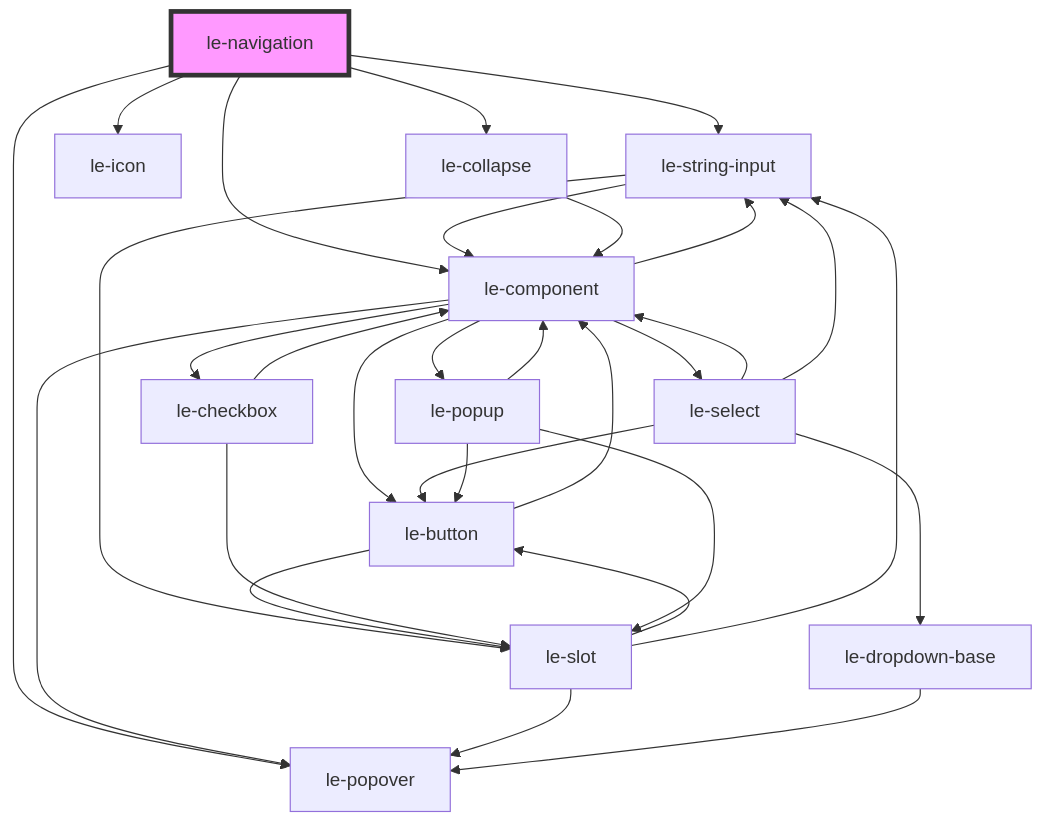
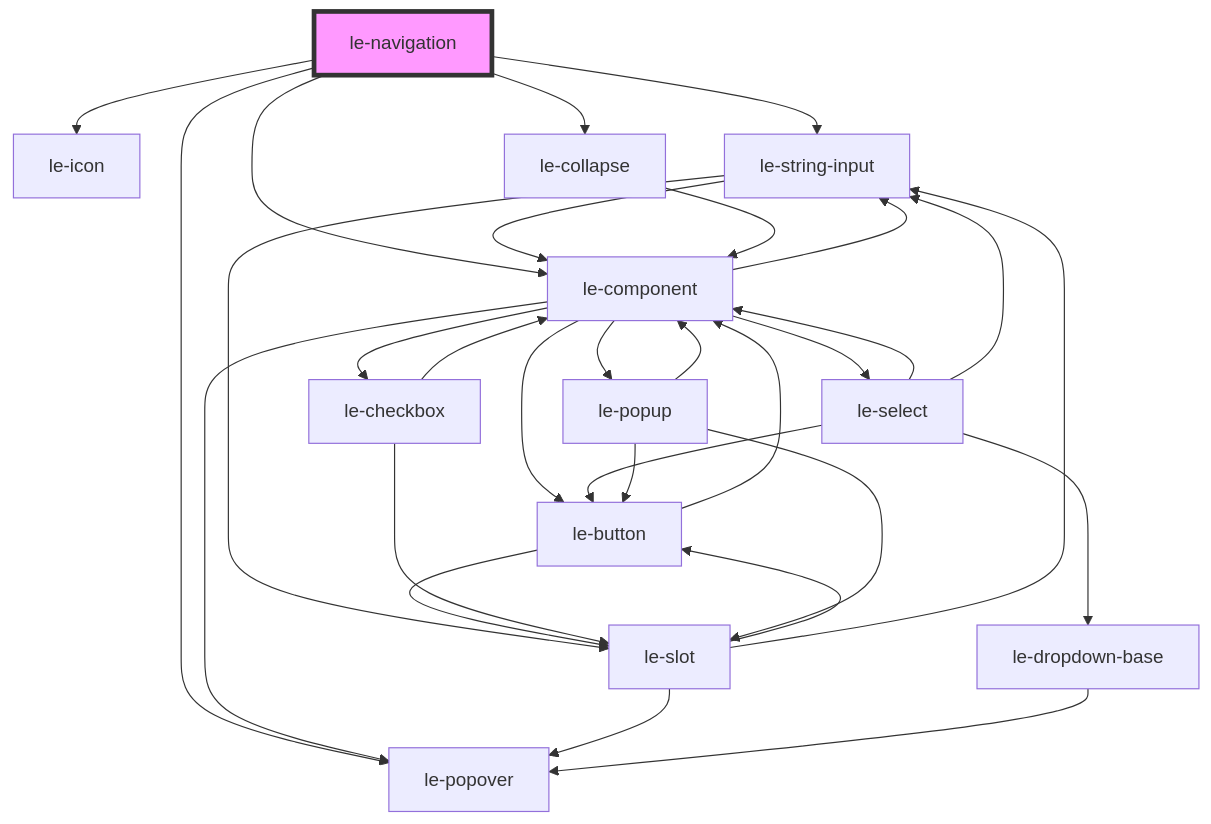
The diagram in src/components/le-navigation/readme.md (leechy/le-kit), drawn with Mermaid before and after one commit. The commit also changed other lines of this file and 2 other files, not shown here.

Commit message:
Fix for the missing overflowIds in <le-navigation> (again)

````diff
--- a/src/components/le-navigation/readme.md
+++ b/src/components/le-navigation/readme.md
@@ -68,33 +68,33 @@
 ```mermaid
 graph TD;
+  le-navigation --> le-icon
   le-navigation --> le-string-input
-  le-navigation --> le-icon
   le-navigation --> le-collapse
   le-navigation --> le-popover
   le-navigation --> le-component
   le-string-input --> le-component
   le-string-input --> le-slot
   le-component --> le-button
   le-component --> le-select
   le-component --> le-checkbox
   le-component --> le-string-input
   le-component --> le-popover
   le-component --> le-popup
   le-button --> le-component
   le-button --> le-slot
   le-slot --> le-popover
   le-slot --> le-button
   le-slot --> le-string-input
   le-select --> le-component
   le-select --> le-dropdown-base
   le-select --> le-button
   le-select --> le-string-input
   le-dropdown-base --> le-popover
   le-checkbox --> le-component
   le-checkbox --> le-slot
   le-popup --> le-slot
   le-popup --> le-button
   le-popup --> le-component
   le-collapse --> le-component
   style le-navigation fill:#f9f,stroke:#333,stroke-width:4px
 ```
````
